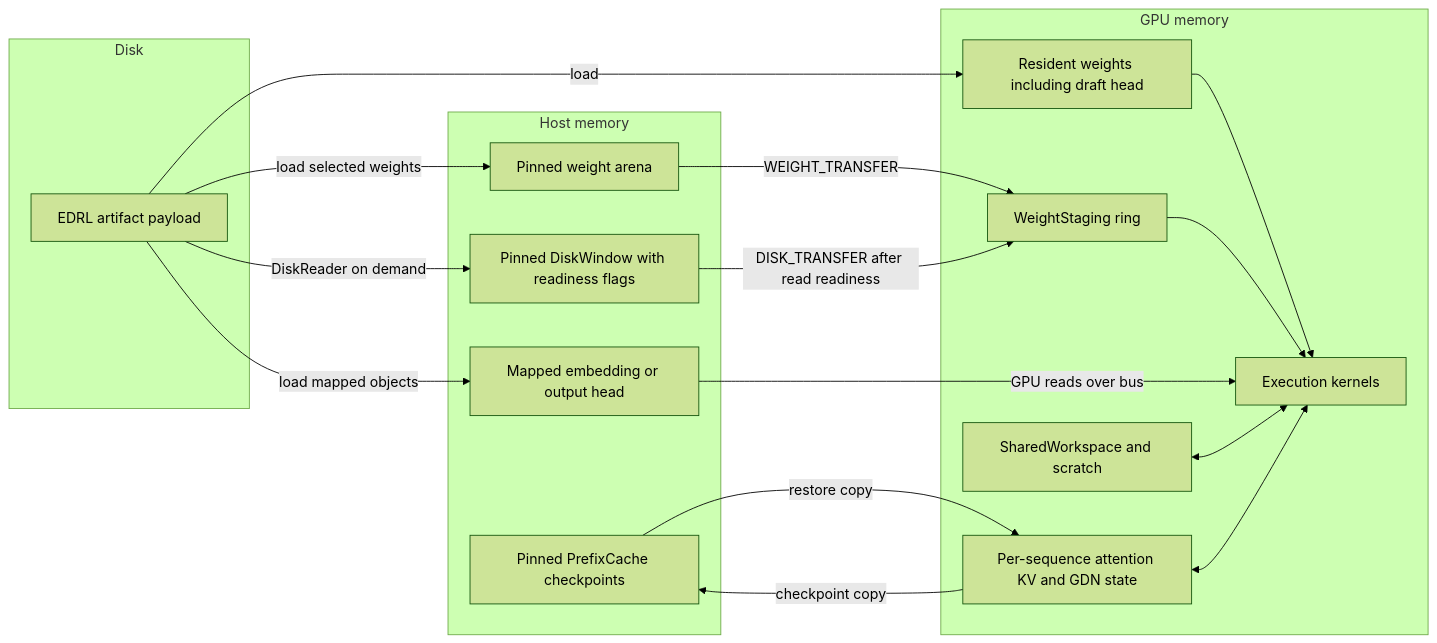
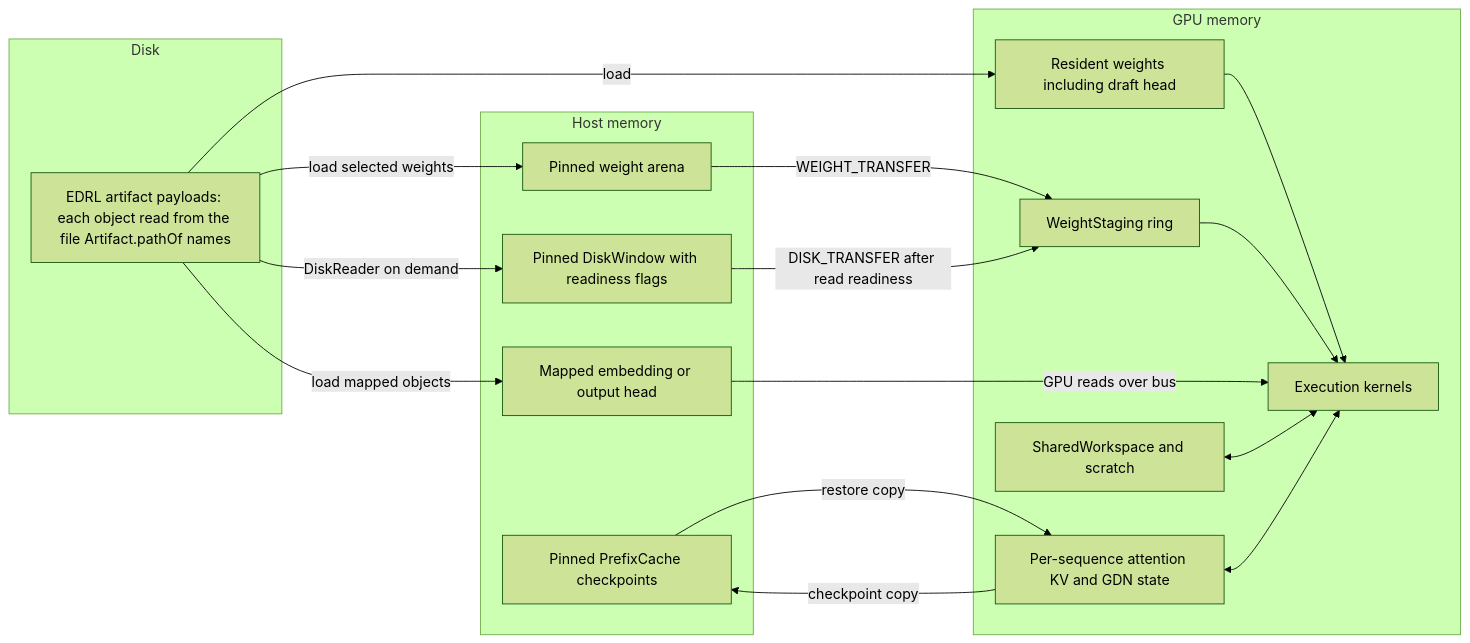
The diagram in docs/architecture/04-memory-architecture.md (Euhedral-Engine/Euhedral), drawn with Mermaid (forest theme) before and after one commit. The commit also changed other lines of this file and 1 other file, not shown here.

Commit message:
docs: per-object source files and the stored draft depth in the architecture diagrams

````diff
--- a/docs/architecture/04-memory-architecture.md
+++ b/docs/architecture/04-memory-architecture.md
@@ -5,32 +5,32 @@
 ```mermaid
 flowchart LR
     subgraph Disk[Disk]
-        E[EDRL artifact payload]
+        E[EDRL artifact payloads: each object read from the file Artifact.pathOf names]
     end
     subgraph Host[Host memory]
         Arena[Pinned weight arena]
         Window[Pinned DiskWindow with readiness flags]
         Mapped[Mapped embedding or output head]
         Prefix[Pinned PrefixCache checkpoints]
     end
     subgraph Device[GPU memory]
         Resident[Resident weights including draft head]
         Ring[WeightStaging ring]
         Compute[Execution kernels]
         Workspace[SharedWorkspace and scratch]
         State[Per-sequence attention KV and GDN state]
     end
     E -->|load| Resident
     E -->|load selected weights| Arena
     E -->|DiskReader on demand| Window
     E -->|load mapped objects| Mapped
     Arena -->|WEIGHT_TRANSFER| Ring
     Window -->|DISK_TRANSFER after read readiness| Ring
     Resident --> Compute
     Ring --> Compute
     Mapped -->|GPU reads over bus| Compute
     Workspace <--> Compute
     State <--> Compute
     State -->|checkpoint copy| Prefix
     Prefix -->|restore copy| State
 ```
````
